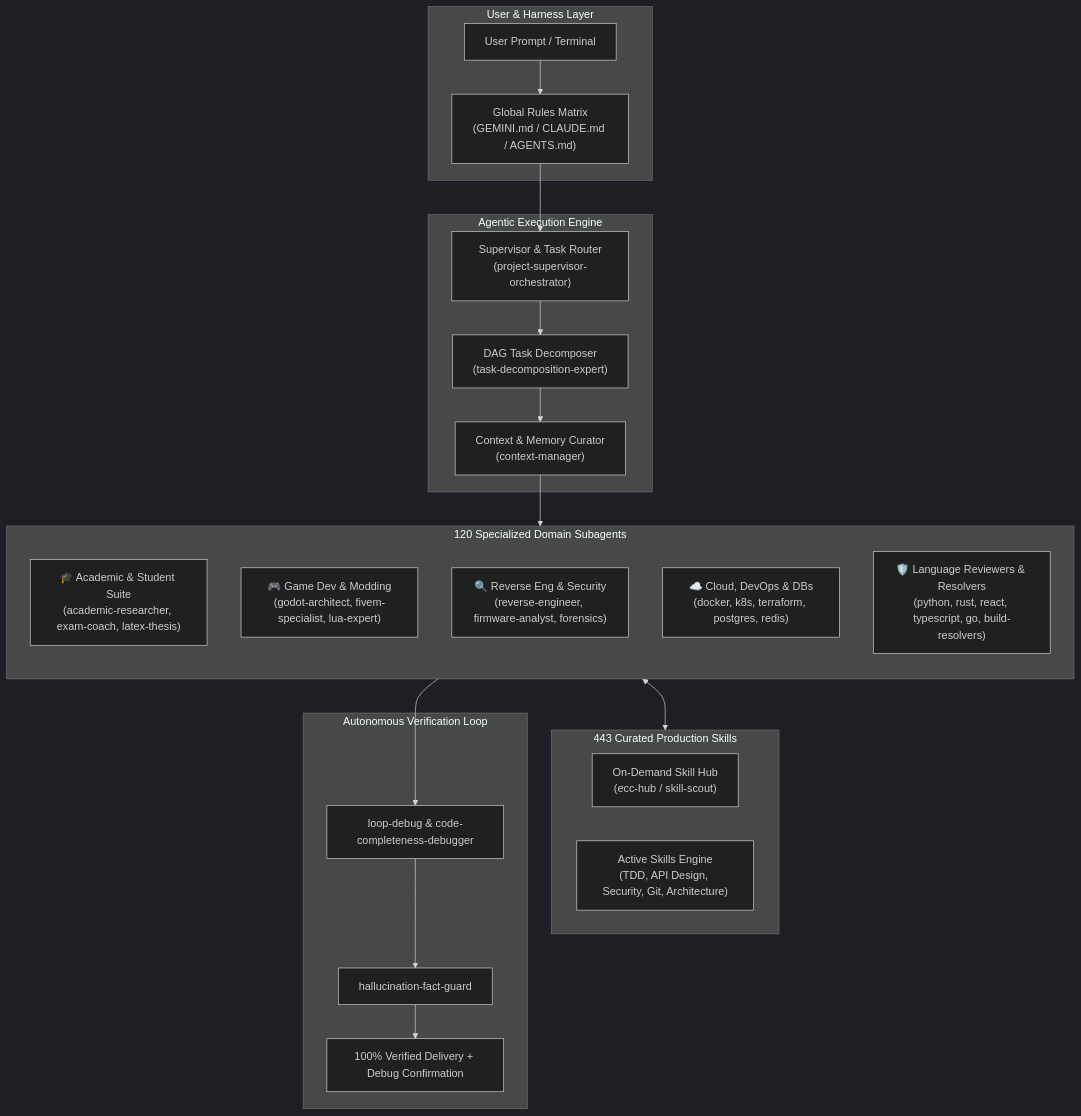
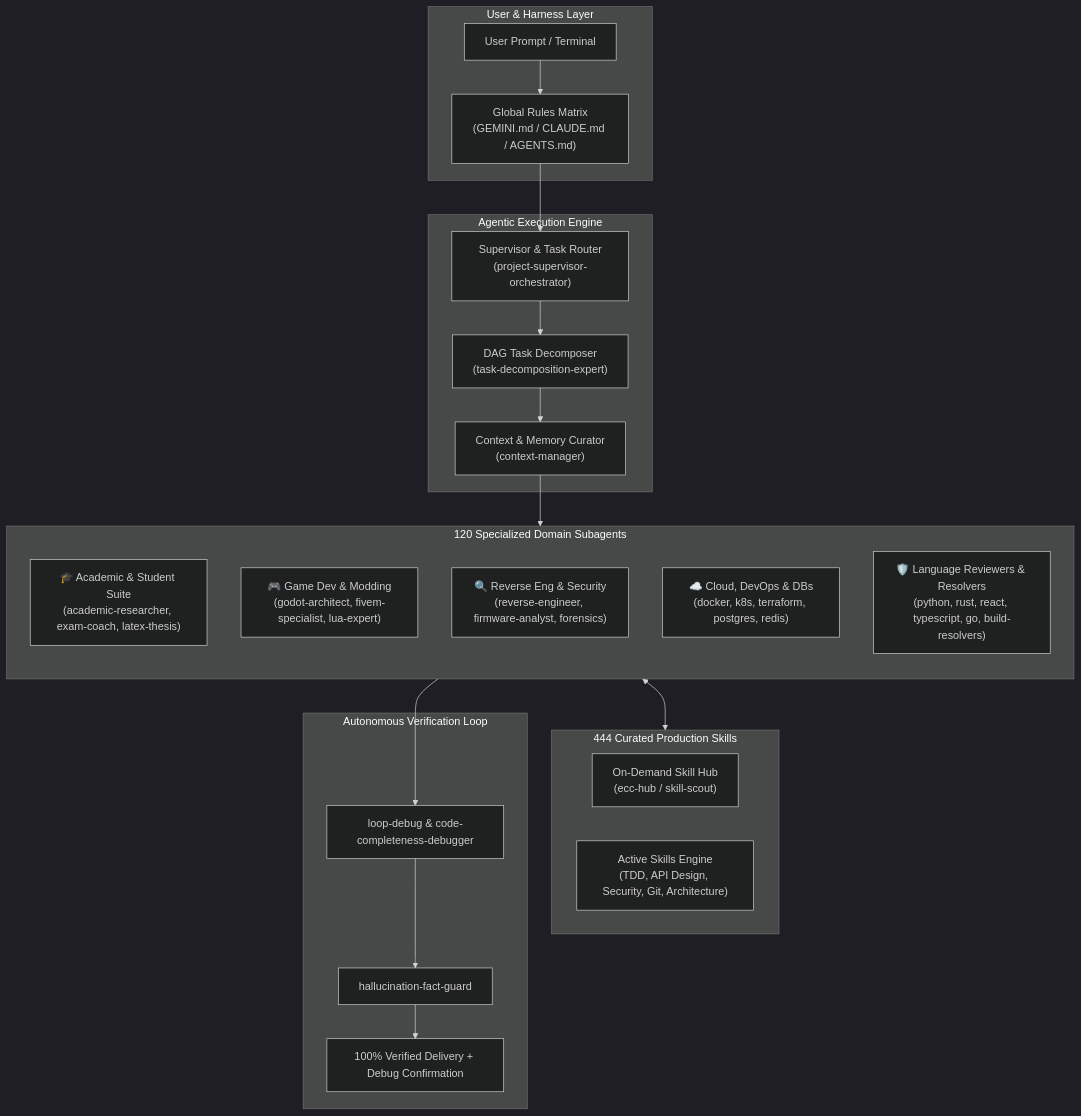
The diagram in README.md (Osama-Alzahrani-UQU/OmniAgentic), drawn with Mermaid (dark theme) before and after one commit. The commit also changed other lines of this file and 5 other files, not shown here.

````diff
--- a/README.md
+++ b/README.md
@@ -49,50 +49,50 @@
 ```mermaid
 flowchart TD
     subgraph UserInterface["User & Harness Layer"]
         CLI["User Prompt / Terminal"]
         Rules["Global Rules Matrix
 (GEMINI.md / CLAUDE.md / AGENTS.md)"]
     end
 
     subgraph CoreEngine["Agentic Execution Engine"]
         Supervisor["Supervisor & Task Router
 (project-supervisor-orchestrator)"]
         Decomposer["DAG Task Decomposer
 (task-decomposition-expert)"]
         ContextMgr["Context & Memory Curator
 (context-manager)"]
     end
 
     subgraph AgentFleet["120 Specialized Domain Subagents"]
         direction TB
         Academic["🎓 Academic & Student Suite
 (academic-researcher, exam-coach, latex-thesis)"]
         GameDev["🎮 Game Dev & Modding
 (godot-architect, fivem-specialist, lua-expert)"]
         ReverseEng["🔍 Reverse Eng & Security
 (reverse-engineer, firmware-analyst, forensics)"]
         CloudDB["☁️ Cloud, DevOps & DBs
 (docker, k8s, terraform, postgres, redis)"]
         CodeReview["🛡️ Language Reviewers & Resolvers
 (python, rust, react, typescript, go, build-resolvers)"]
     end
 
-    subgraph SkillsMatrix["443 Curated Production Skills"]
+    subgraph SkillsMatrix["444 Curated Production Skills"]
         SkillsHub["On-Demand Skill Hub
 (ecc-hub / skill-scout)"]
         ActiveSkills["Active Skills Engine
 (TDD, API Design, Security, Git, Architecture)"]
     end
 
     subgraph QualityGate["Autonomous Verification Loop"]
         Verifier["loop-debug & code-completeness-debugger"]
         FactGuard["hallucination-fact-guard"]
         Delivery["100% Verified Delivery + Debug Confirmation"]
     end
 
     CLI --> Rules --> Supervisor
     Supervisor --> Decomposer --> ContextMgr
     ContextMgr --> AgentFleet
     AgentFleet <--> SkillsMatrix
     AgentFleet --> Verifier --> FactGuard --> Delivery
 ```
````
